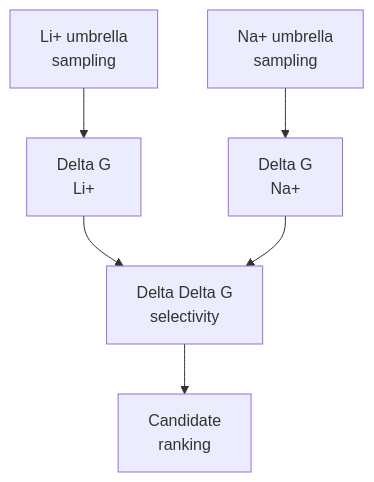
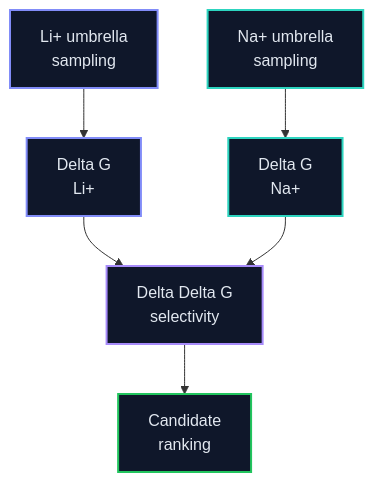
One commit to jackyissocute/LiSPER changed the diagram in 01_computational_discovery/pmf/README.md. Above: the diagram before and after it, drawn with Mermaid. The commit also changed other lines of this file and 10 other files, not shown here.

````diff
--- a/01_computational_discovery/pmf/README.md
+++ b/01_computational_discovery/pmf/README.md
@@ -46,18 +48,27 @@
 ```mermaid
 flowchart TD
     accTitle: PMF Ranking Logic
     accDescr: PMF analysis compares Li and Na umbrella-sampling free energies to compute selectivity and rank candidate peptides.
 
     li_umbrella["Li+ umbrella<br/>sampling"]
     na_umbrella["Na+ umbrella<br/>sampling"]
     li_delta_g["Delta G<br/>Li+"]
     na_delta_g["Delta G<br/>Na+"]
     selectivity["Delta Delta G<br/>selectivity"]
     ranking["Candidate<br/>ranking"]
 
     li_umbrella --> li_delta_g
     na_umbrella --> na_delta_g
     li_delta_g --> selectivity
     na_delta_g --> selectivity
     selectivity --> ranking
+
+    classDef ionLi fill:#0F172A,stroke:#818CF8,stroke-width:2px,color:#E2E8F0
+    classDef ionNa fill:#0F172A,stroke:#2DD4BF,stroke-width:2px,color:#E2E8F0
+    classDef qc fill:#0F172A,stroke:#A78BFA,stroke-width:2px,color:#E2E8F0
+    classDef complete fill:#0F172A,stroke:#22C55E,stroke-width:2px,color:#E2E8F0
+    class li_umbrella,li_delta_g ionLi
+    class na_umbrella,na_delta_g ionNa
+    class selectivity qc
+    class ranking complete
 ```
````
